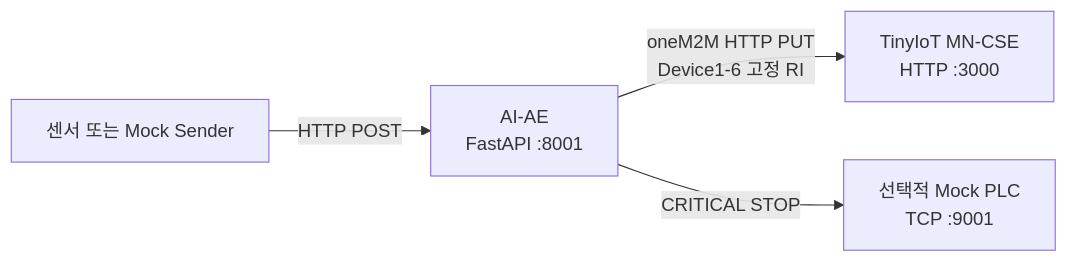
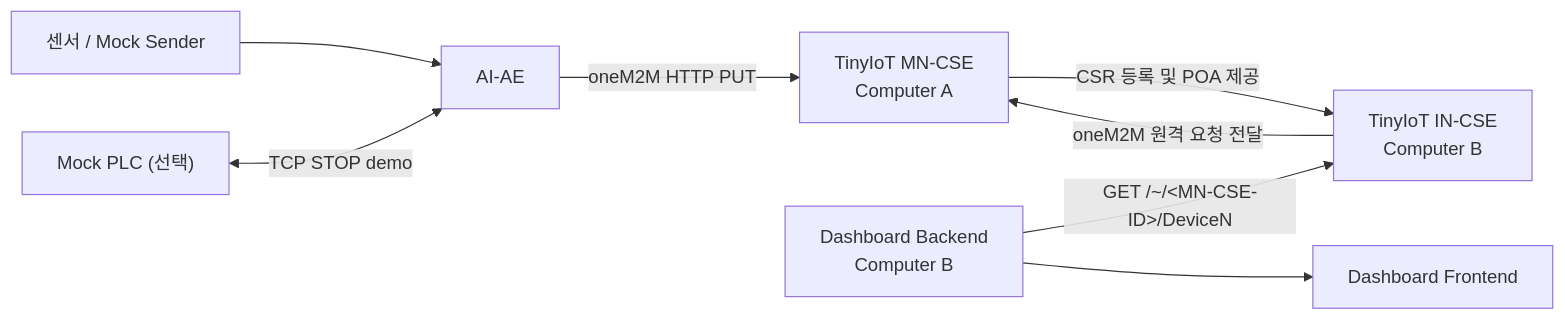
The diagram in README.md (seungwon20/oneM2M-project), drawn with Mermaid before and after one commit. The commit also changed other lines of this file and 42 other files, not shown here.

Commit message:
commit: dashboard and IN-CSE add

````diff
--- a/README.md
+++ b/README.md
@@ -44,11 +31,10 @@
 ```mermaid
 flowchart LR
-    S["센서 또는 Mock Sender"]
-    AE["AI-AE<br/>FastAPI :8001"]
-    CSE["TinyIoT MN-CSE<br/>HTTP :3000"]
-    PLC["선택적 Mock PLC<br/>TCP :9001"]
-
-    S -->|"HTTP POST"| AE
-    AE -->|"oneM2M HTTP PUT<br/>Device1-6 고정 RI"| CSE
-    AE -->|"CRITICAL STOP"| PLC
+    S["센서 / Mock Sender"] --> AE["AI-AE"]
+    AE -->|"oneM2M HTTP PUT"| MN["TinyIoT MN-CSE<br/>Computer A"]
+    MN -->|"CSR 등록 및 POA 제공"| IN["TinyIoT IN-CSE<br/>Computer B"]
+    D["Dashboard Backend<br/>Computer B"] -->|"GET /~/&lt;MN-CSE-ID&gt;/DeviceN"| IN
+    IN -->|"oneM2M 원격 요청 전달"| MN
+    D --> UI["Dashboard Frontend"]
+    PLC["Mock PLC (선택)"] <-->|"TCP STOP demo"| AE
 ```
````
